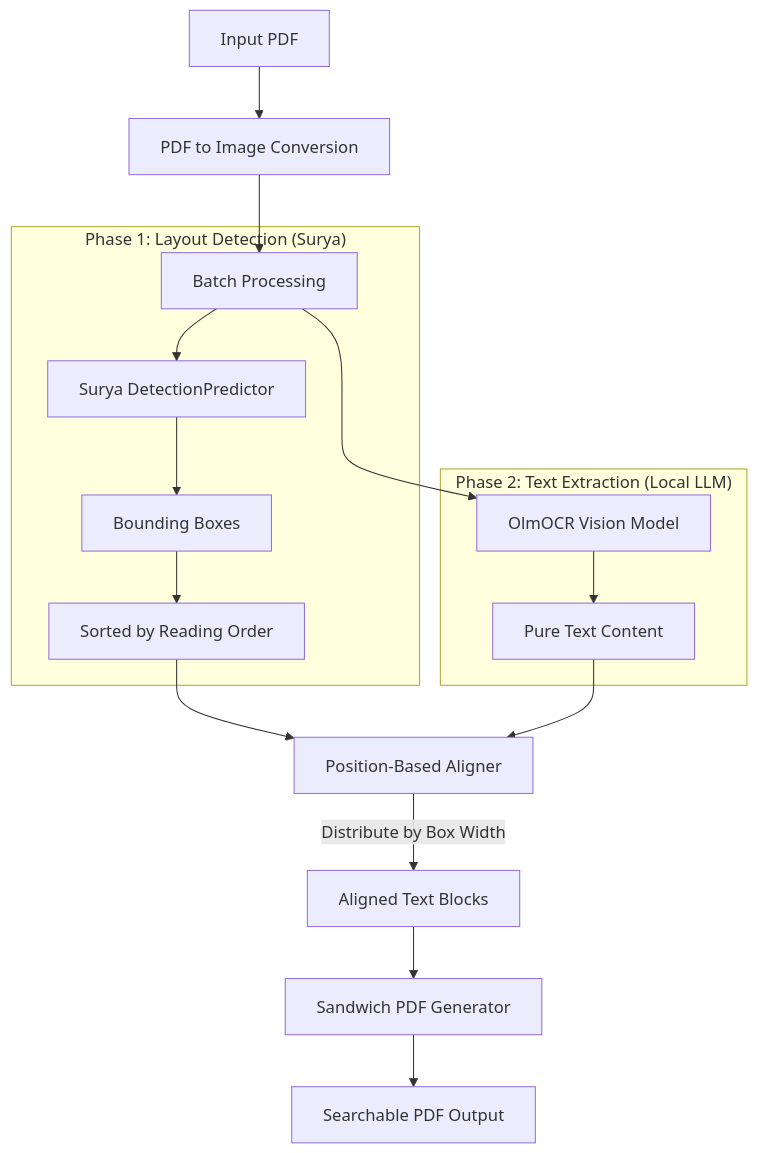
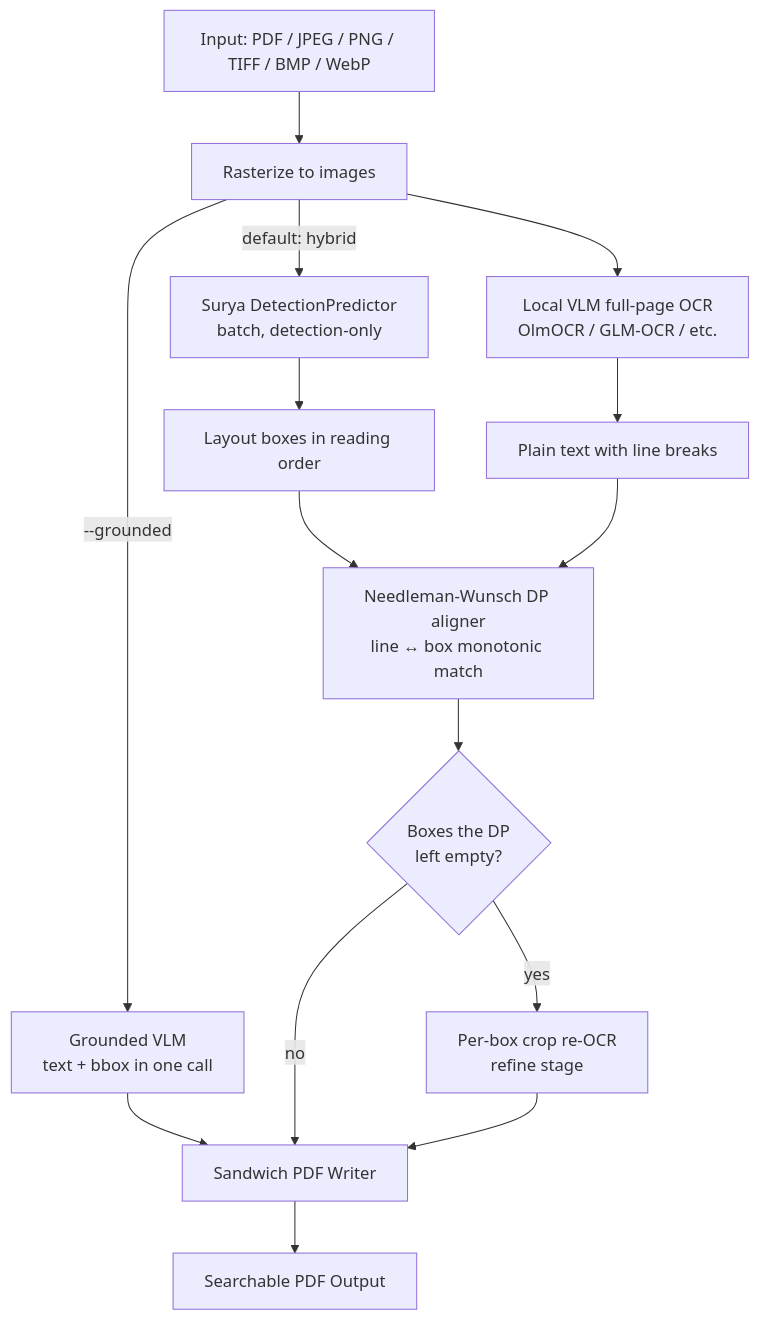
The diagram in src/data/blog/local-llm-pdf-ocr.mdx (ahnafnafee/ahnafnafee.dev), drawn with Mermaid before and after one commit. The commit also changed other lines of this file and 1 other file, not shown here.

First line of the commit message:
Uupdate local-llm-pdf-ocr post

````diff
--- a/src/data/blog/local-llm-pdf-ocr.mdx
+++ b/src/data/blog/local-llm-pdf-ocr.mdx
@@ -50,23 +90,19 @@
 ```mermaid
 graph TD
-    A["Input PDF"] --> B["PDF to Image Conversion"]
-    B --> C["Batch Processing"]
+    A["Input: PDF / JPEG / PNG / TIFF / BMP / WebP"] --> B["Rasterize to images"]
 
-    subgraph "Phase 1: Layout Detection (Surya)"
-        C --> D["Surya DetectionPredictor"]
-        D --> E["Bounding Boxes"]
-        E --> F["Sorted by Reading Order"]
-    end
+    B -->|"--grounded"| Z["Grounded VLM<br/>text + bbox in one call"]
+    Z --> EMB["Sandwich PDF Writer"]
 
-    subgraph "Phase 2: Text Extraction (Local LLM)"
-        C --> G["OlmOCR Vision Model"]
-        G --> H["Pure Text Content"]
-    end
-
-    F --> I["Position-Based Aligner"]
-    H --> I
-
-    I -->|"Distribute by Box Width"| J["Aligned Text Blocks"]
-    J --> K["Sandwich PDF Generator"]
-    K --> L["Searchable PDF Output"]
+    B -->|"default: hybrid"| C["Surya DetectionPredictor<br/>batch, detection-only"]
+    B --> D["Local VLM full-page OCR<br/>OlmOCR / GLM-OCR / etc."]
+    C --> E["Layout boxes in reading order"]
+    D --> F["Plain text with line breaks"]
+    E --> G["Needleman-Wunsch DP aligner<br/>line ↔ box monotonic match"]
+    F --> G
+    G --> H{"Boxes the DP<br/>left empty?"}
+    H -->|"yes"| R["Per-box crop re-OCR<br/>refine stage"]
+    H -->|"no"| EMB
+    R --> EMB
+    EMB --> L["Searchable PDF Output"]
 ```
````
